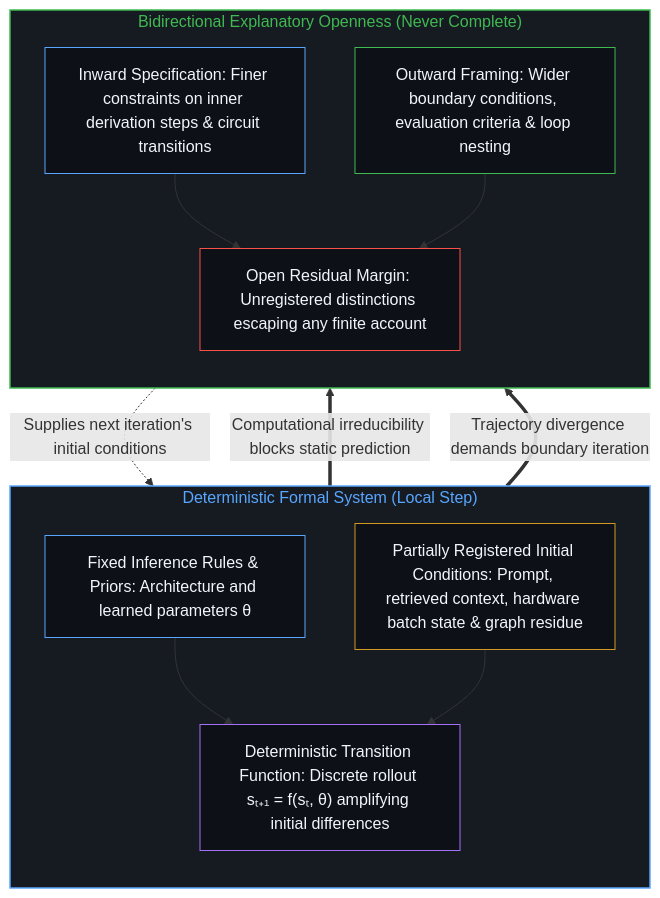
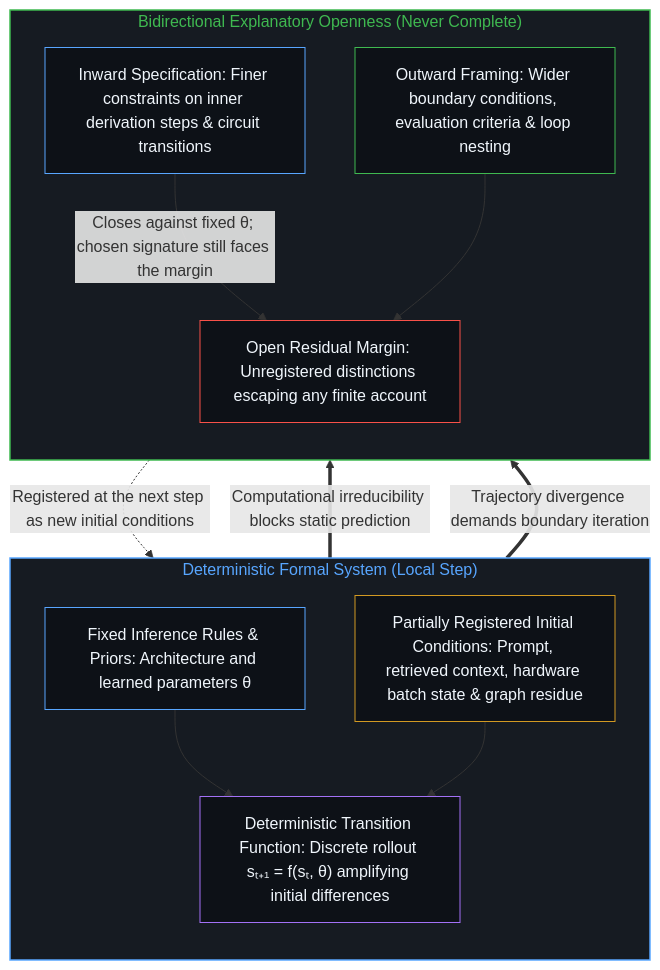
Before and after one commit to powerpig99/not-a-toe: the second of 4 diagrams in content/posts/boundary-condition-graphs-as-memory-and-control-in-recursive-formal-systems.md, drawn with Mermaid. The commit also changed other lines of this file and 11 other files, not shown here.

Commit message:
sleep(L1): refine 11 L1 neighbors under architecture-of-recursive-distinction@fa1f60b7

````diff
--- a/content/posts/boundary-condition-graphs-as-memory-and-control-in-recursive-formal-systems.md
+++ b/content/posts/boundary-condition-graphs-as-memory-and-control-in-recursive-formal-systems.md
@@ -50,30 +50,30 @@
 ```mermaid
 flowchart TD
     subgraph S_Formal["Deterministic Formal System (Local Step)"]
         direction TB
         Priors["Fixed Inference Rules & Priors: Architecture and learned parameters θ"]
         Init["Partially Registered Initial Conditions: Prompt, retrieved context, hardware batch state & graph residue"]
         Trans["Deterministic Transition Function: Discrete rollout sₜ₊₁ = f(sₜ, θ) amplifying initial differences"]
         Priors --> Trans
         Init --> Trans
     end
     subgraph S_Open["Bidirectional Explanatory Openness (Never Complete)"]
         direction TB
         Inward["Inward Specification: Finer constraints on inner derivation steps & circuit transitions"]
         Outward["Outward Framing: Wider boundary conditions, evaluation criteria & loop nesting"]
         Residual["Open Residual Margin: Unregistered distinctions escaping any finite account"]
-        Inward --> Residual
+        Inward -->|"Closes against fixed θ; chosen signature still faces the margin"| Residual
         Outward --> Residual
     end
     Trans ==>|"Computational irreducibility blocks static prediction"| Inward
     Trans ==>|"Trajectory divergence demands boundary iteration"| Outward
-    Residual -.->|"Supplies next iteration's initial conditions"| Init
+    Residual -.->|"Registered at the next step as new initial conditions"| Init
     style S_Formal fill:#161b22,stroke:#58a6ff,stroke-width:1.5px,color:#58a6ff
     style S_Open fill:#161b22,stroke:#3fb950,stroke-width:1.5px,color:#3fb950
     style Priors fill:#0d1117,stroke:#58a6ff,stroke-width:1px,color:#f0f6fc
     style Init fill:#0d1117,stroke:#d29922,stroke-width:1px,color:#f0f6fc
     style Trans fill:#0d1117,stroke:#a371f7,stroke-width:1px,color:#f0f6fc
     style Inward fill:#0d1117,stroke:#58a6ff,stroke-width:1px,color:#f0f6fc
     style Outward fill:#0d1117,stroke:#3fb950,stroke-width:1px,color:#f0f6fc
     style Residual fill:#0d1117,stroke:#f85149,stroke-width:1px,color:#f0f6fc
 ```
````
